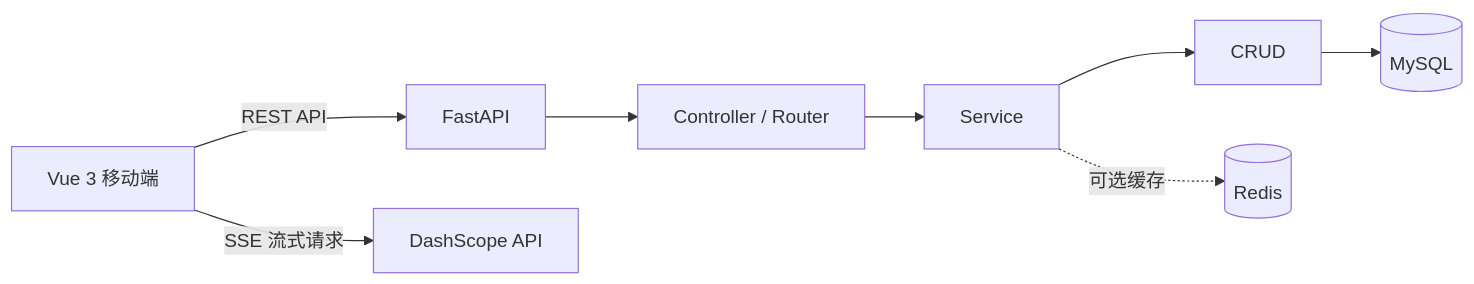
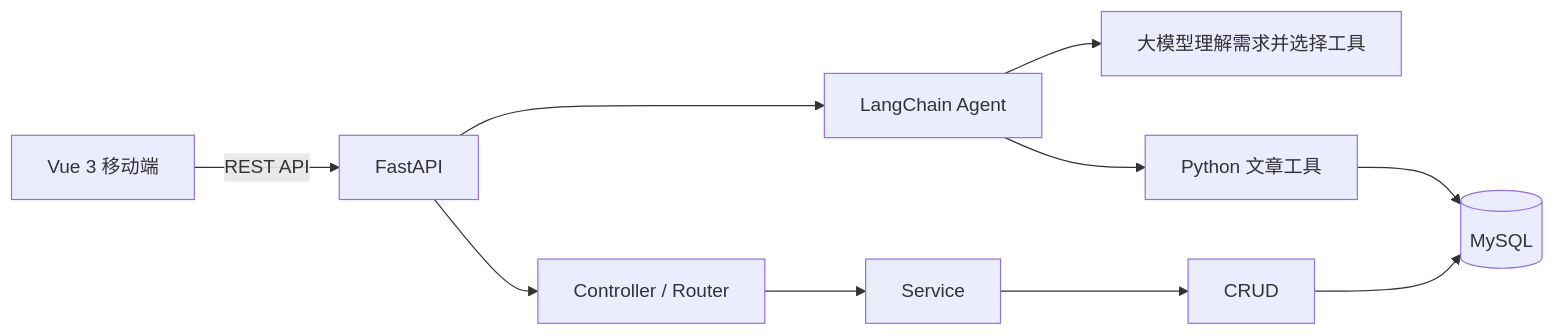
The diagram in README.md (dragonxjy/FastAPI), drawn with Mermaid before and after one commit. The commit also changed other lines of this file and 21 other files, not shown here.

````diff
--- a/README.md
+++ b/README.md
@@ -38,10 +38,12 @@
 ```mermaid
 flowchart LR
     Browser[Vue 3 移动端] -->|REST API| API[FastAPI]
-    Browser -->|SSE 流式请求| AI[DashScope API]
+    API --> Agent[LangChain Agent]
+    Agent --> Model[大模型理解需求并选择工具]
+    Agent --> Tools[Python 文章工具]
+    Tools --> MySQL[(MySQL)]
     API --> Router[Controller / Router]
     Router --> Service[Service]
     Service --> CRUD[CRUD]
     CRUD --> MySQL[(MySQL)]
-    Service -. 可选缓存 .-> Redis[(Redis)]
 ```
````
